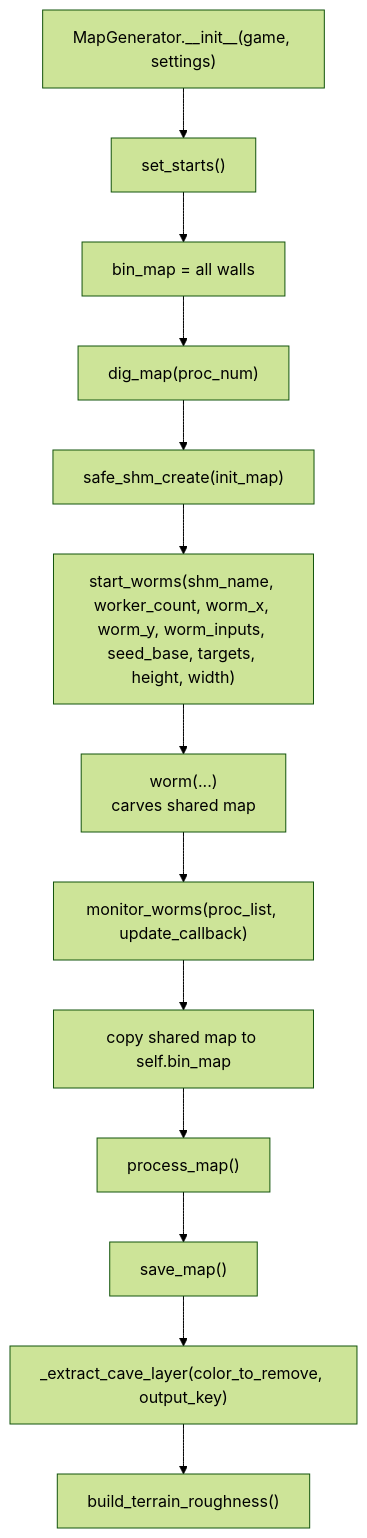
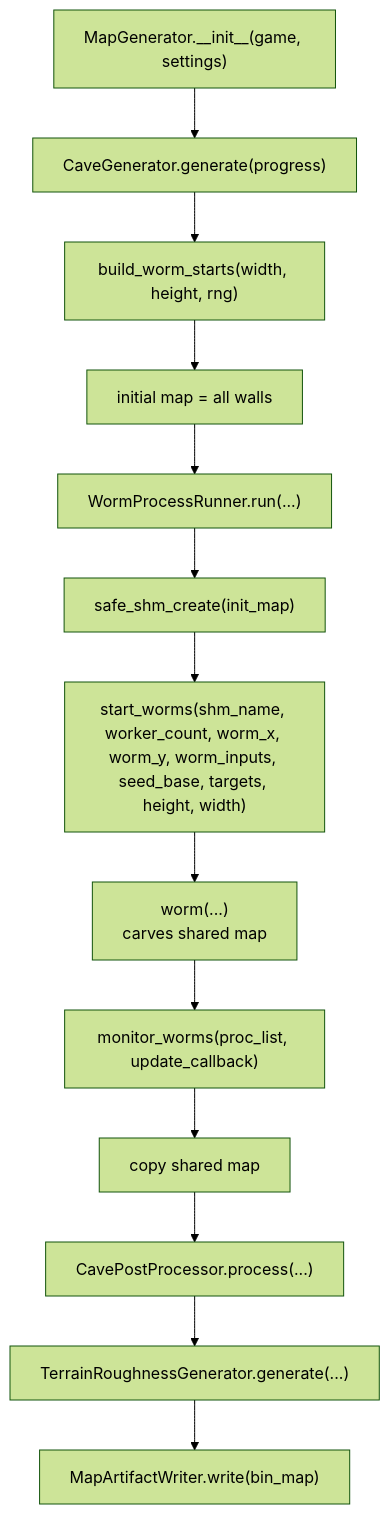
The fourth of 14 diagrams in CODEFLOW.md (Gmark117/Cave_Game), drawn with Mermaid (forest theme) before and after one commit. The commit also changed other lines of this file and 82 other files, not shown here.

````diff
--- a/CODEFLOW.md
+++ b/CODEFLOW.md
@@ -172,20 +198,20 @@
 ```mermaid
 flowchart TD
     Init["MapGenerator.__init__(game, settings)"]
-    Starts["set_starts()"]
-    Bin["bin_map = all walls"]
-    Dig["dig_map(proc_num)"]
+    Gen["CaveGenerator.generate(progress)"]
+    Starts["build_worm_starts(width, height, rng)"]
+    Bin["initial map = all walls"]
+    Runner["WormProcessRunner.run(...)"]
     Shm["safe_shm_create(init_map)"]
     Workers["start_worms(shm_name, worker_count, worm_x, worm_y, worm_inputs, seed_base, targets, height, width)"]
     Worm["worm(...)<br/>carves shared map"]
     Monitor["monitor_worms(proc_list, update_callback)"]
-    Copy["copy shared map to self.bin_map"]
-    Process["process_map()"]
-    Save["save_map()"]
-    Layers["_extract_cave_layer(color_to_remove, output_key)"]
-    Rough["build_terrain_roughness()"]
+    Copy["copy shared map"]
+    Process["CavePostProcessor.process(...)"]
+    Rough["TerrainRoughnessGenerator.generate(...)"]
+    Save["MapArtifactWriter.write(bin_map)"]
 
-    Init --> Starts --> Bin --> Dig
-    Dig --> Shm --> Workers --> Worm --> Monitor --> Copy
-    Copy --> Process --> Save --> Layers --> Rough
+    Init --> Gen --> Starts --> Bin --> Runner
+    Runner --> Shm --> Workers --> Worm --> Monitor --> Copy
+    Copy --> Process --> Rough --> Save
 ```
````
